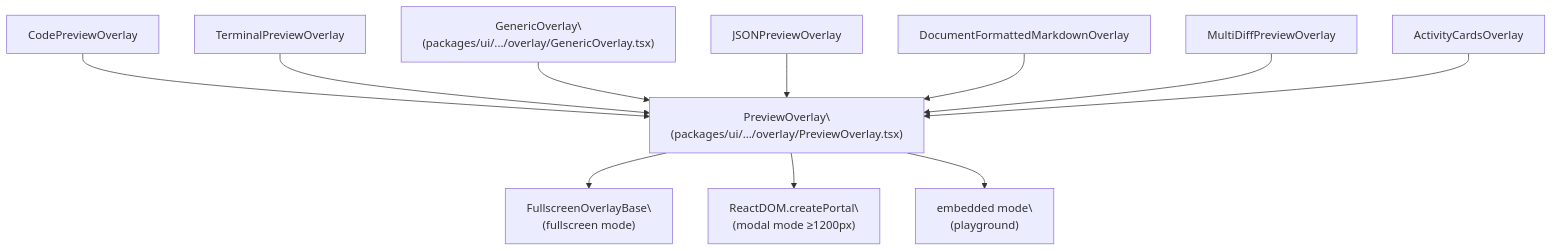
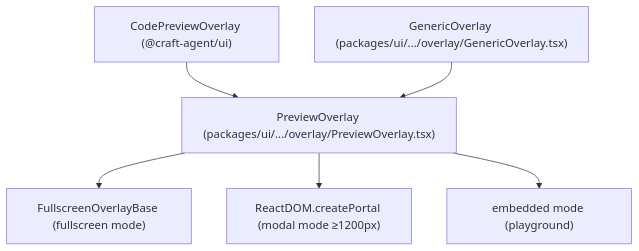
The third of 3 diagrams in docs/lukilabs_craft-agents-oss/architecture/ui-components-and-layout.md (blackcater/zentree), drawn with Mermaid before and after one commit. The commit also changed other lines of this file and 232 other files, not shown here.

````diff
--- a/docs/lukilabs_craft-agents-oss/architecture/ui-components-and-layout.md
+++ b/docs/lukilabs_craft-agents-oss/architecture/ui-components-and-layout.md
@@ -315,18 +226,8 @@
 ```mermaid
 graph TD
-    PreviewOverlay["PreviewOverlay\
-(packages/ui/.../overlay/PreviewOverlay.tsx)"] --> FullscreenOverlayBase["FullscreenOverlayBase\
-(fullscreen mode)"]
-    PreviewOverlay --> ModalPortal["ReactDOM.createPortal\
-(modal mode ≥1200px)"]
-    PreviewOverlay --> EmbeddedInline["embedded mode\
-(playground)"]
-    CodePreviewOverlay["CodePreviewOverlay"] --> PreviewOverlay
-    TerminalPreviewOverlay["TerminalPreviewOverlay"] --> PreviewOverlay
-    GenericOverlay["GenericOverlay\
-(packages/ui/.../overlay/GenericOverlay.tsx)"] --> PreviewOverlay
-    JSONPreviewOverlay["JSONPreviewOverlay"] --> PreviewOverlay
-    DocumentFormattedMarkdownOverlay["DocumentFormattedMarkdownOverlay"] --> PreviewOverlay
-    MultiDiffPreviewOverlay["MultiDiffPreviewOverlay"] --> PreviewOverlay
-    ActivityCardsOverlay["ActivityCardsOverlay"] --> PreviewOverlay
+    PreviewOverlay["PreviewOverlay (packages/ui/.../overlay/PreviewOverlay.tsx)"] --> FullscreenOverlayBase["FullscreenOverlayBase (fullscreen mode)"]
+    PreviewOverlay --> ModalPortal["ReactDOM.createPortal (modal mode ≥1200px)"]
+    PreviewOverlay --> EmbeddedInline["embedded mode (playground)"]
+    CodePreviewOverlay["CodePreviewOverlay (@craft-agent/ui)"] --> PreviewOverlay
+    GenericOverlay["GenericOverlay (packages/ui/.../overlay/GenericOverlay.tsx)"] --> PreviewOverlay
 ```
````
